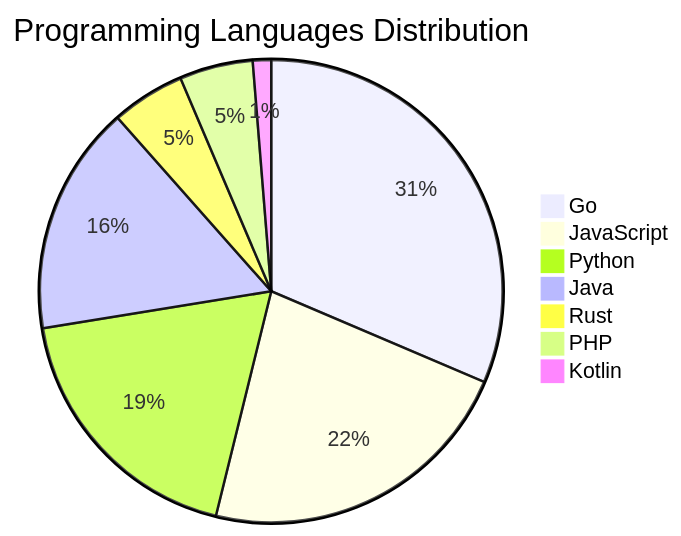
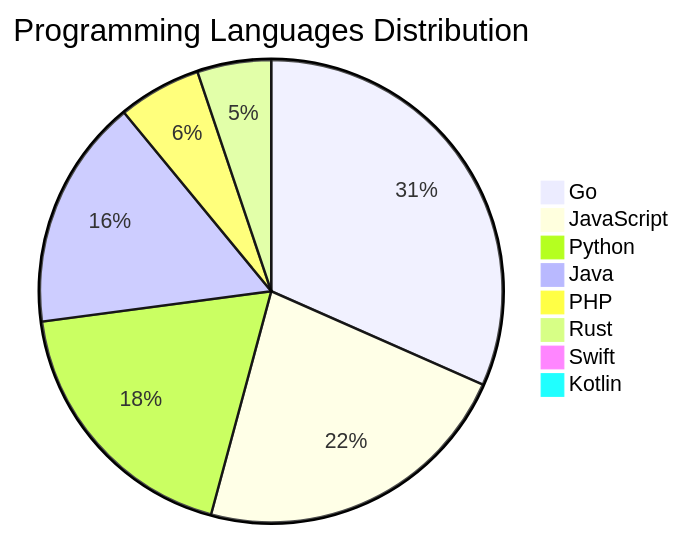
Before and after one commit to Derrick-MUGISHA/github-activity-bot: the diagram in README.md, drawn with Mermaid. The commit also changed other lines of this file and 4 other files, not shown here.

````diff
--- a/README.md
+++ b/README.md
@@ -207,10 +208,11 @@
 ```mermaid
 pie title Programming Languages Distribution
     "Go" : 49
     "JavaScript" : 35
     "Python" : 29
     "Java" : 25
+    "PHP" : 9
     "Rust" : 8
-    "PHP" : 8
-    "Kotlin" : 2
+    "Swift" : 1
+    "Kotlin" : 1
 ```
````
